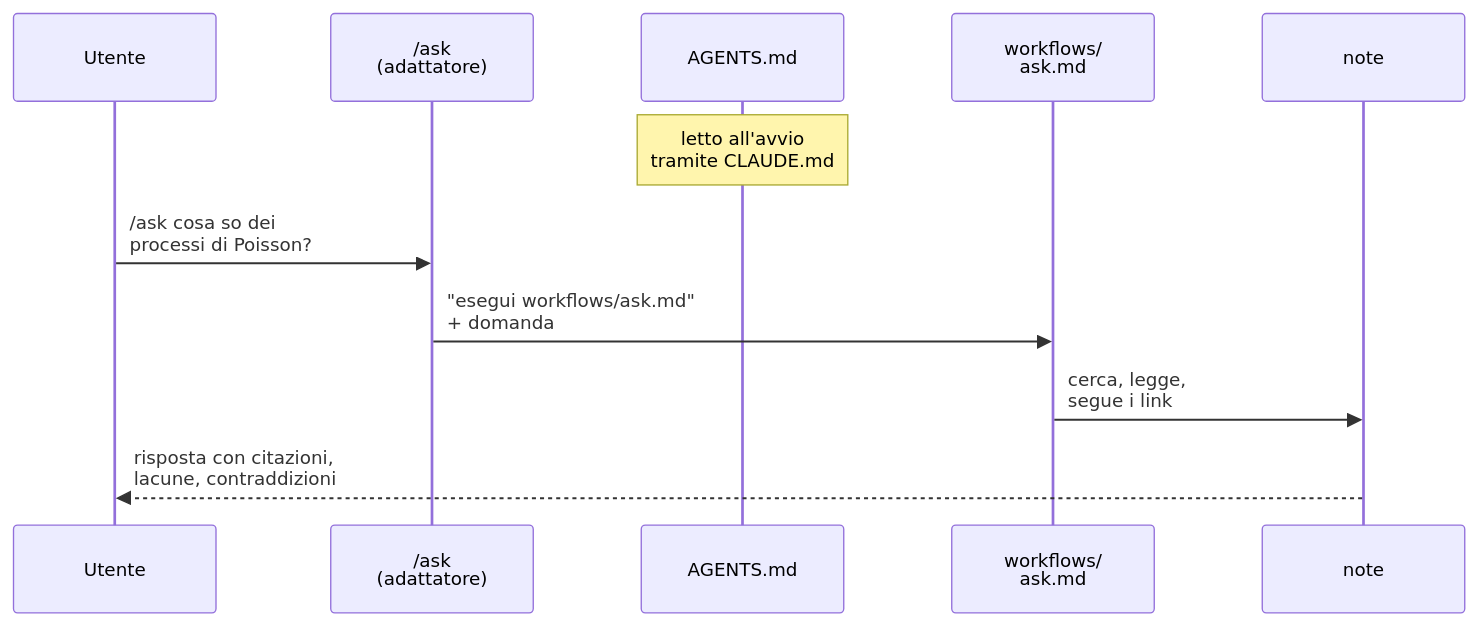
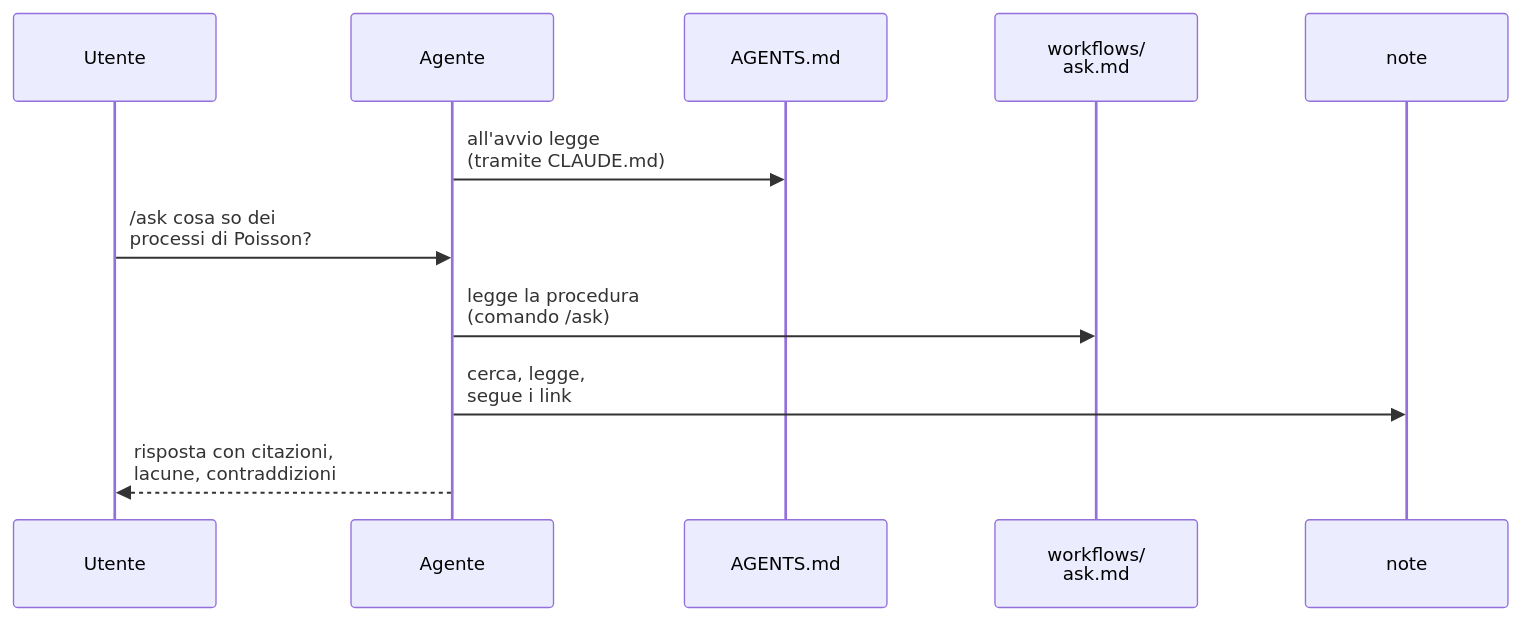
Before and after one commit to matteogiorgi/geonote: the second of 4 diagrams in strumenti_curiosita/second_brain.md, drawn with Mermaid. The commit also changed other lines of this file and 4 other files, not shown here.

````diff
--- a/strumenti_curiosita/second_brain.md
+++ b/strumenti_curiosita/second_brain.md
@@ -373,21 +381,21 @@
 ```mermaid
 ---
 config:
   fontSize: 13.6
   sequence:
     width: 150
     actorMargin: 80
     messageAlign: left
 ---
 sequenceDiagram
     participant U as Utente
-    participant C as /ask<br/>(adattatore)
+    participant G as Agente
     participant A as AGENTS.md
     participant W as workflows/<br/>ask.md
     participant N as note
-    Note over A: letto all'avvio<br/>tramite CLAUDE.md
-    U->>C: /ask cosa so dei<br/>processi di Poisson?
-    C->>W: "esegui workflows/ask.md"<br/>+ domanda
-    W->>N: cerca, legge,<br/>segue i link
-    N-->>U: risposta con citazioni,<br/>lacune, contraddizioni
+    G->>A: all'avvio legge<br/>(tramite CLAUDE.md)
+    U->>G: /ask cosa so dei<br/>processi di Poisson?
+    G->>W: legge la procedura<br/>(comando /ask)
+    G->>N: cerca, legge,<br/>segue i link
+    G-->>U: risposta con citazioni,<br/>lacune, contraddizioni
 ```
````
